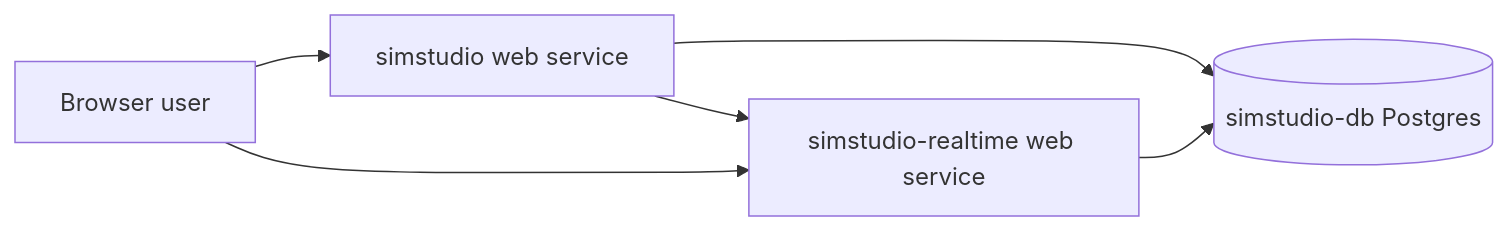
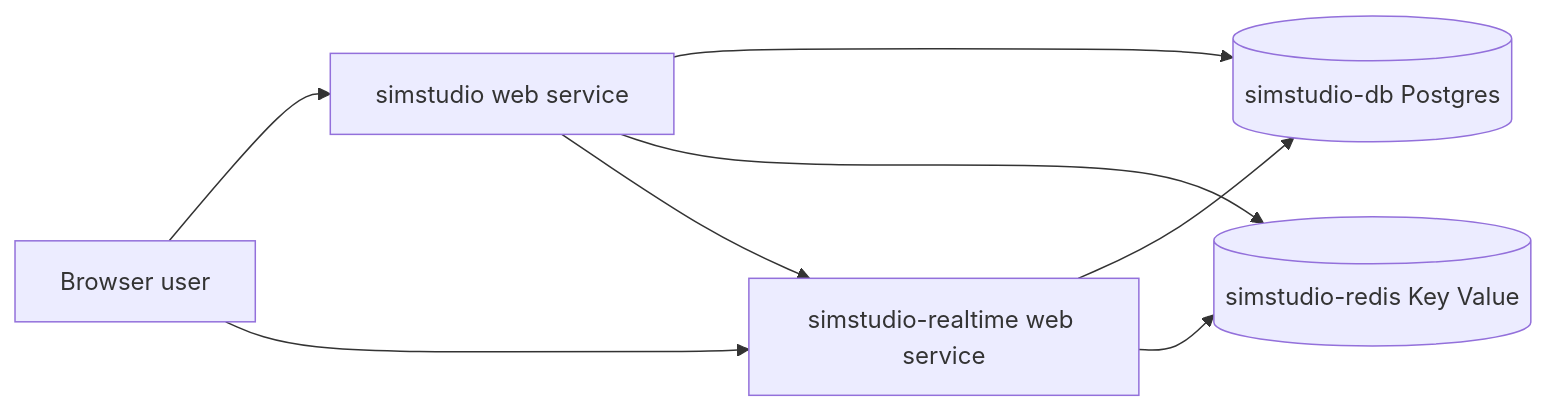
Before and after one commit to render-examples/sim-on-render: the diagram in README.md, drawn with Mermaid. The commit also changed other lines of this file and 2 other files, not shown here.

Commit message:
adding redis

````diff
--- a/README.md
+++ b/README.md
@@ -45,8 +45,10 @@
 ```mermaid
 flowchart LR
   user["Browser user"] --> app["simstudio web service"]
   user --> realtime["simstudio-realtime web service"]
   app --> db[("simstudio-db Postgres")]
+  app --> redis[("simstudio-redis Key Value")]
   realtime --> db
+  realtime --> redis
   app --> realtime
 ```
````
